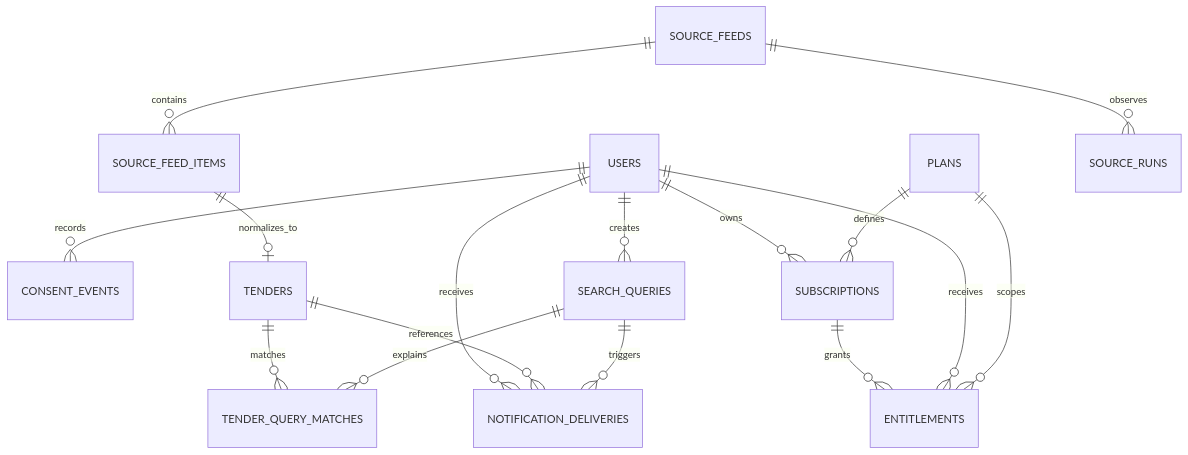
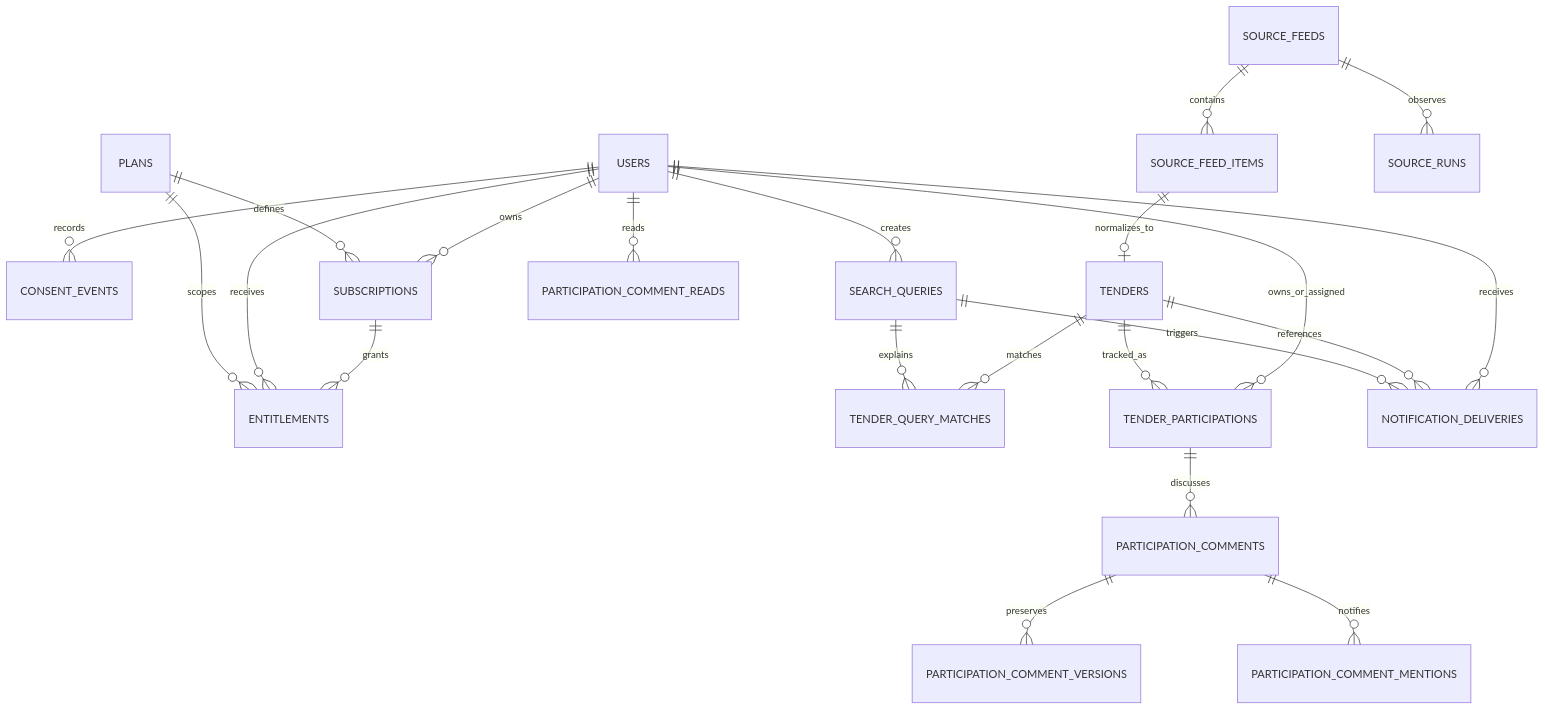
Before and after one commit to Oleqq/tender-finder: the diagram in docs/DATABASE.md, drawn with Mermaid. The commit also changed other lines of this file and 25 other files, not shown here.

````diff
--- a/docs/DATABASE.md
+++ b/docs/DATABASE.md
@@ -50,18 +50,24 @@
 ```mermaid
 erDiagram
     USERS ||--o{ CONSENT_EVENTS : records
     USERS ||--o{ SUBSCRIPTIONS : owns
     PLANS ||--o{ SUBSCRIPTIONS : defines
     SUBSCRIPTIONS ||--o{ ENTITLEMENTS : grants
     USERS ||--o{ ENTITLEMENTS : receives
     PLANS ||--o{ ENTITLEMENTS : scopes
     USERS ||--o{ SEARCH_QUERIES : creates
     SOURCE_FEEDS ||--o{ SOURCE_FEED_ITEMS : contains
     SOURCE_FEED_ITEMS ||--o| TENDERS : normalizes_to
     TENDERS ||--o{ TENDER_QUERY_MATCHES : matches
     SEARCH_QUERIES ||--o{ TENDER_QUERY_MATCHES : explains
+    USERS ||--o{ TENDER_PARTICIPATIONS : owns_or_assigned
+    TENDERS ||--o{ TENDER_PARTICIPATIONS : tracked_as
+    TENDER_PARTICIPATIONS ||--o{ PARTICIPATION_COMMENTS : discusses
+    PARTICIPATION_COMMENTS ||--o{ PARTICIPATION_COMMENT_VERSIONS : preserves
+    PARTICIPATION_COMMENTS ||--o{ PARTICIPATION_COMMENT_MENTIONS : notifies
+    USERS ||--o{ PARTICIPATION_COMMENT_READS : reads
     USERS ||--o{ NOTIFICATION_DELIVERIES : receives
     TENDERS ||--o{ NOTIFICATION_DELIVERIES : references
     SEARCH_QUERIES ||--o{ NOTIFICATION_DELIVERIES : triggers
     SOURCE_FEEDS ||--o{ SOURCE_RUNS : observes
 ```
````
